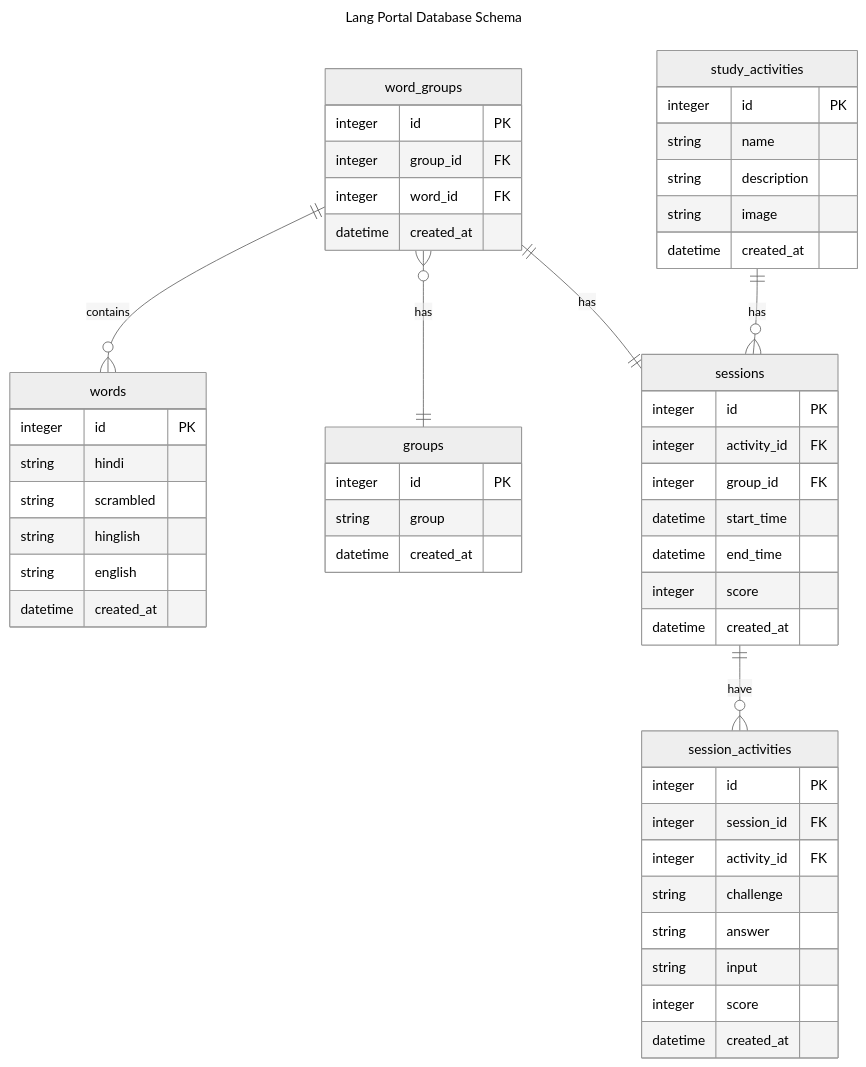
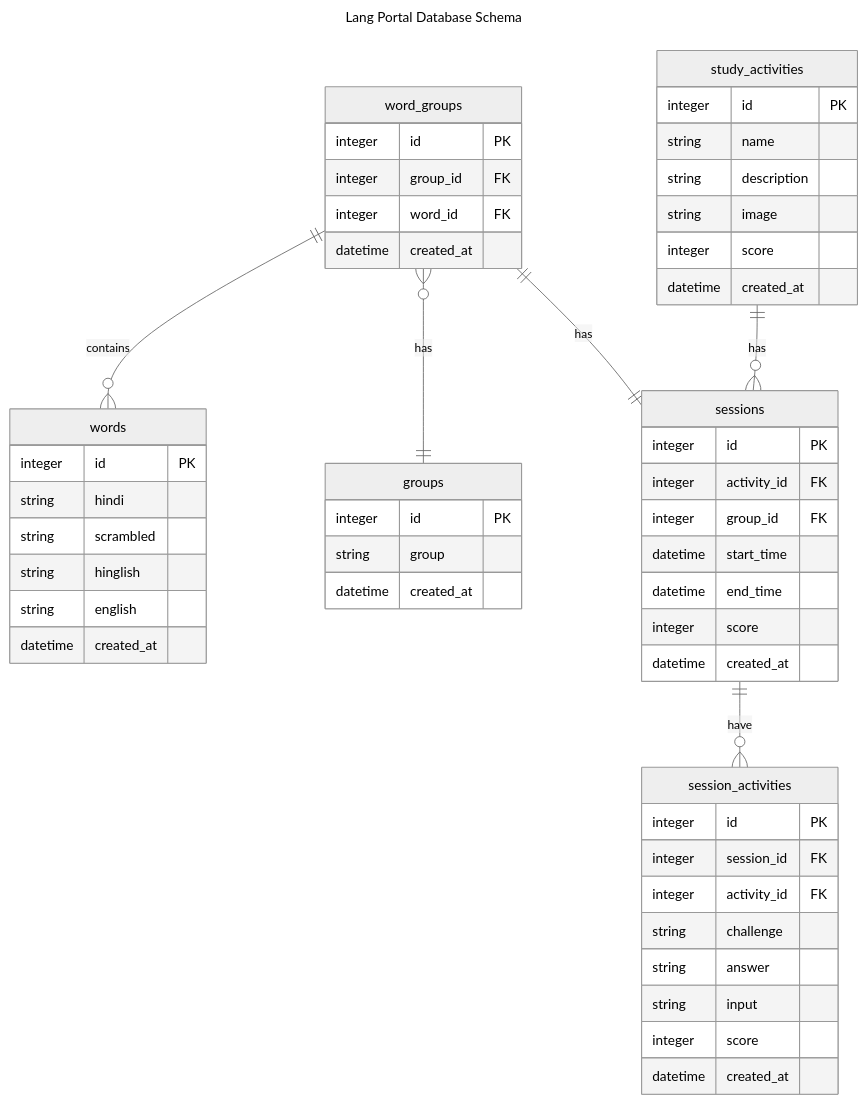
The diagram in lang-portal/backend/README.md (pavittarx/free-genai-bootcamp-2025), drawn with Mermaid (neutral theme) before and after one commit. The commit also changed 9 other files, not shown here.

````diff
--- a/lang-portal/backend/README.md
+++ b/lang-portal/backend/README.md
@@ -71,62 +71,63 @@
 ```mermaid
 ---
 title: Lang Portal Database Schema
 ---
 
 erDiagram
     words {
         integer id PK
         string hindi
         string scrambled
         string hinglish
         string english
         datetime created_at
     }
 
     groups {
         integer id PK
         string group
         datetime created_at
     }
 
     word_groups ||--o{ words : contains
     word_groups }o--|| groups : has
     word_groups ||--|| sessions : has
     word_groups {
         integer id PK
         integer group_id FK
         integer word_id FK
         datetime created_at
     }
 
     study_activities ||--o{ sessions : has
     study_activities {
         integer id PK
         string name
         string description
         string image
+        integer score
         datetime created_at
     }
 
     sessions ||--o{ session_activities : have
     sessions {
         integer id PK
         integer activity_id FK
         integer group_id FK
         datetime start_time
         datetime end_time
         integer score
         datetime created_at
     }
 
     session_activities {
         integer id PK
         integer session_id FK
         integer activity_id FK
         string challenge
         string answer
         string input
         integer score
         datetime created_at
     }
 ```
````
